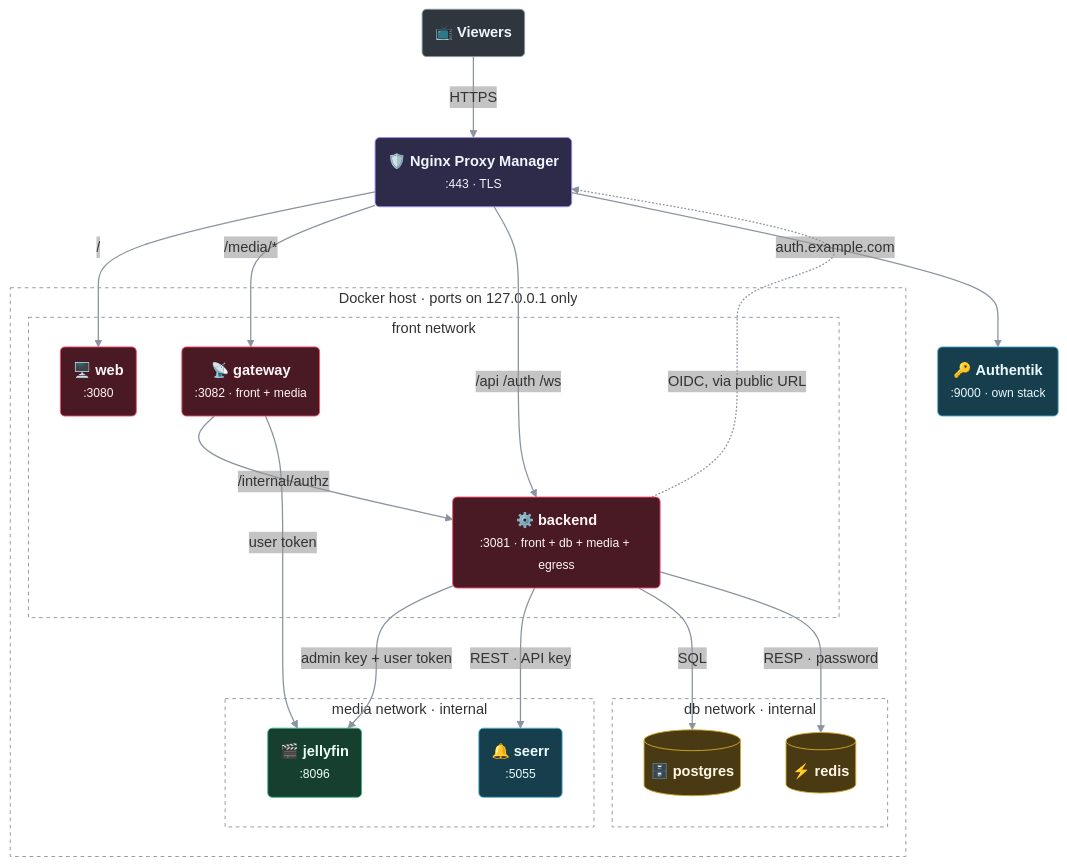
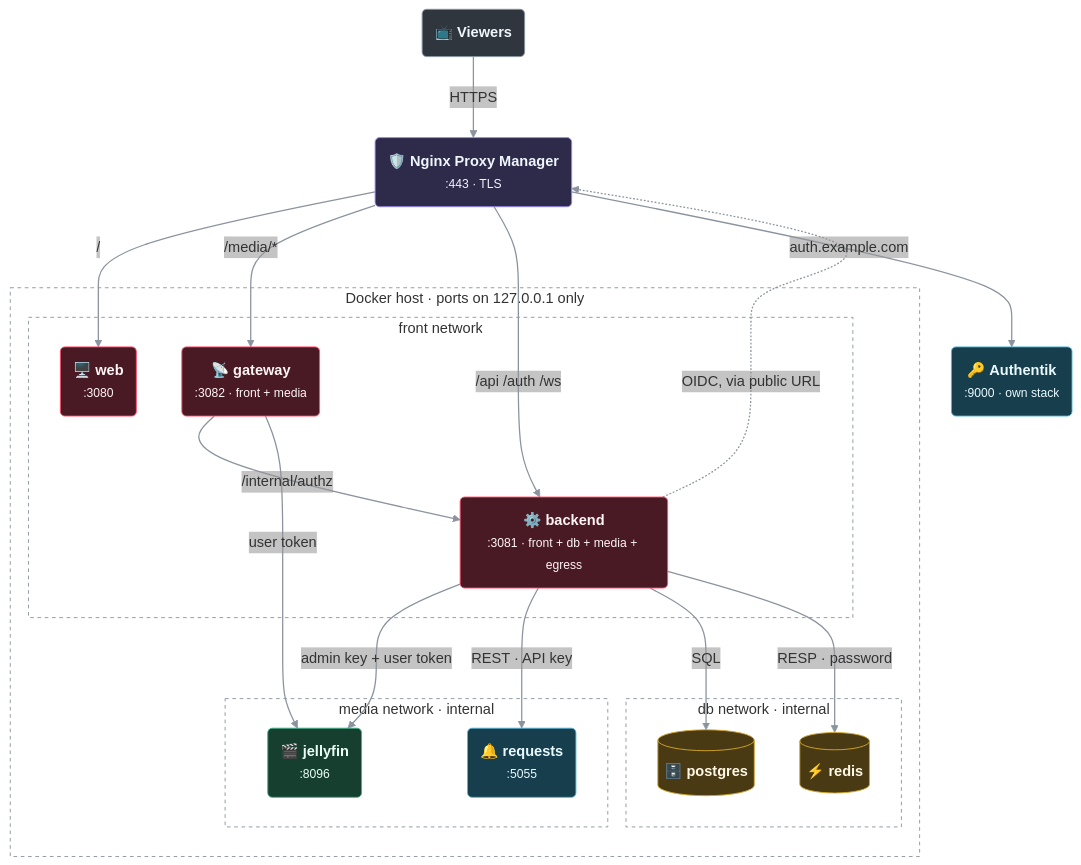
One commit to LetsManu/friendflix changed the first of 3 diagrams in docs/architecture.md. Above: the diagram before and after it, drawn with Mermaid. The commit also changed other lines of this file and 10 other files, not shown here.

````diff
--- a/docs/architecture.md
+++ b/docs/architecture.md
@@ -7,59 +7,59 @@
 ```mermaid
 ---
 config:
   flowchart:
     curve: basis
     nodeSpacing: 50
     rankSpacing: 65
     padding: 14
   themeVariables:
     edgeLabelBackground: 'rgba(150,150,150,0.12)'
   themeCSS: '.labelBkg { background-color: rgba(127,127,127,0.12) !important; }'
 ---
 flowchart TB
   accTitle: FriendFlix containers and networks
   accDescr: Viewers reach Nginx Proxy Manager, which routes to web, backend and gateway on the front network. The backend alone also reaches Postgres and Redis on the internal db network and the media services on the internal media network. Authentik is reached through the proxy.
   V("📺 <b>Viewers</b>"):::ext
   NPM("🛡️ <b>Nginx Proxy Manager</b><br/><small>:443 · TLS</small>"):::edge
   AK("🔑 <b>Authentik</b><br/><small>:9000 · own stack</small>"):::svc
   subgraph HOST["Docker host · ports on 127.0.0.1 only"]
     subgraph FRONT["front network"]
       WEB("🖥️ <b>web</b><br/><small>:3080</small>"):::app
       GW("📡 <b>gateway</b><br/><small>:3082 · front + media</small>"):::app
       BE("⚙️ <b>backend</b><br/><small>:3081 · front + db + media + egress</small>"):::app
     end
     subgraph MEDIA["media network · internal"]
       S("🎬 <b>jellyfin</b><br/><small>:8096</small>"):::media
-      SE("🔔 <b>seerr</b><br/><small>:5055</small>"):::svc
+      SE("🔔 <b>requests</b><br/><small>:5055</small>"):::svc
     end
     subgraph DB["db network · internal"]
       PG[("🗄️ <b>postgres</b>")]:::store
       RD[("⚡ <b>redis</b>")]:::store
     end
   end
 
   V -->|HTTPS| NPM
   NPM -->|"/"| WEB
   NPM -->|"/media/*"| GW
   NPM -->|"/api /auth /ws"| BE
   NPM -->|"auth.example.com"| AK
   GW -->|"/internal/authz"| BE
   GW ==>|"user token"| S
   BE -->|"admin key + user token"| S
   BE -->|"REST · API key"| SE
   BE -->|SQL| PG
   BE -->|"RESP · password"| RD
   BE -.->|"OIDC, via public URL"| NPM
   classDef ext fill:#30363d,stroke:#8b949e,stroke-width:1px,color:#f0f6fc
   classDef edge fill:#2d2a4a,stroke:#9d8cf0,stroke-width:1px,color:#f0f6fc
   classDef app fill:#4a1a24,stroke:#ff4f6d,stroke-width:1px,color:#fff5f7
   classDef store fill:#4a3a14,stroke:#d4a72c,stroke-width:1px,color:#fff8e6
   classDef media fill:#173f30,stroke:#3fb68b,stroke-width:1px,color:#eafff6
   classDef svc fill:#163e4c,stroke:#56b6d6,stroke-width:1px,color:#eaf9ff
   classDef fork fill:#4a1d3c,stroke:#e070b0,stroke-width:1px,stroke-dasharray:4 3,color:#fff0f8
   linkStyle default stroke:#8b949e,stroke-width:1.4px
   style HOST fill:none,stroke:#8b949e,stroke-width:1px,stroke-dasharray:4 4
   style FRONT fill:none,stroke:#8b949e,stroke-width:1px,stroke-dasharray:4 4
   style DB fill:none,stroke:#8b949e,stroke-width:1px,stroke-dasharray:4 4
   style MEDIA fill:none,stroke:#8b949e,stroke-width:1px,stroke-dasharray:4 4
 ```
````
